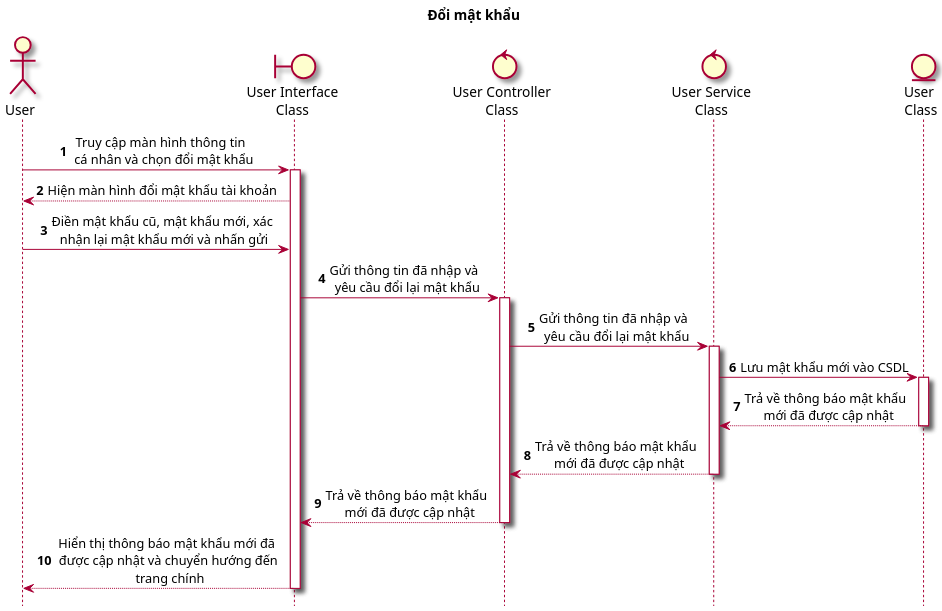
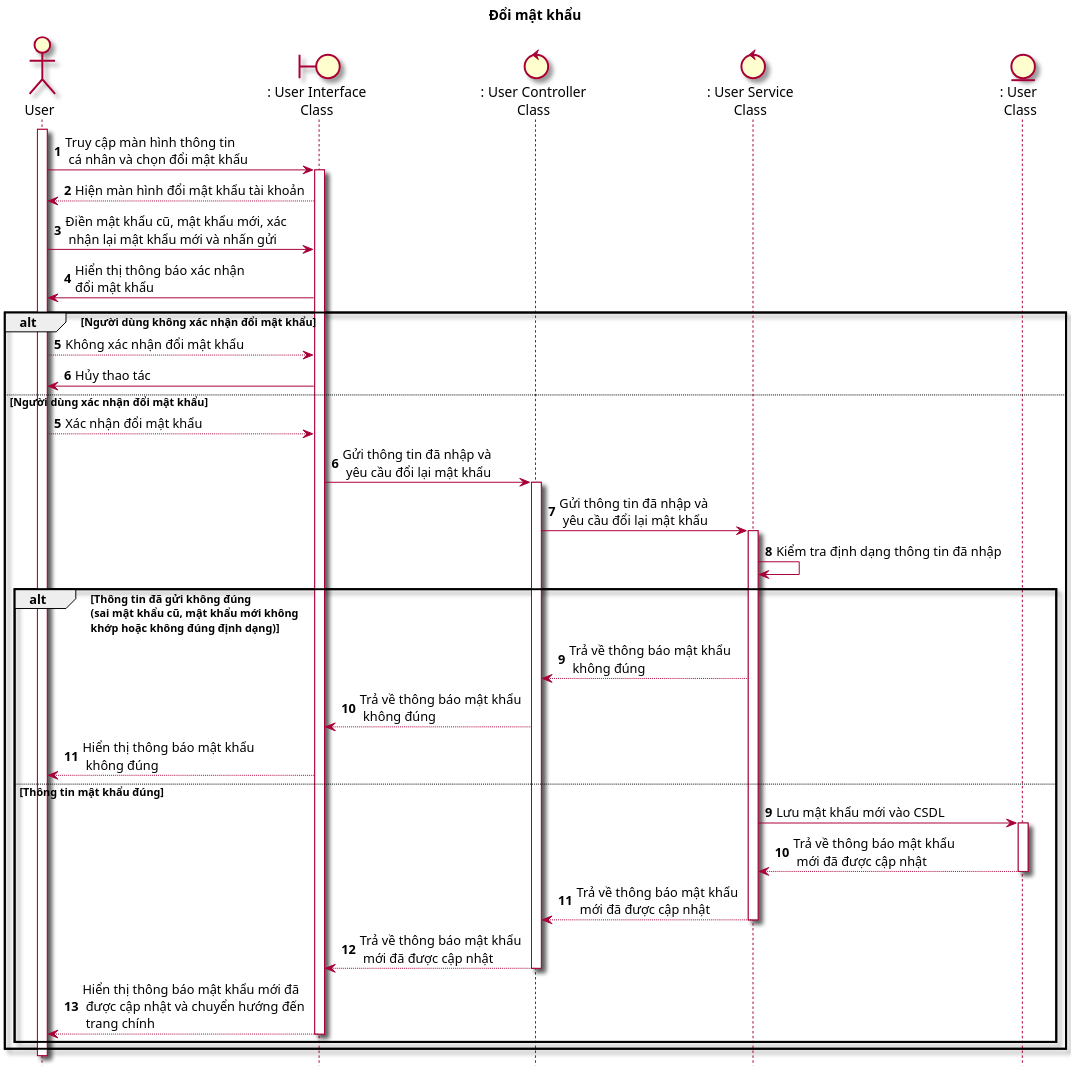
Before and after one commit to Griselda4774/WanderFun_Diagram: the diagram in Sequence/SEQ04_ChangePassword.puml, drawn with PlantUML. The commit also changed 16 other files, not shown here.

Commit message:
Reformatting all Seq Diagram

```diff
--- a/Sequence/SEQ04_ChangePassword.puml
+++ b/Sequence/SEQ04_ChangePassword.puml
@@ -1,36 +1,61 @@
 @startuml SEQ04_changePassword
     title: Đổi mật khẩu
 
     skin rose
     scale 2
-    skinparam sequenceMessageAlign center
     hide footbox
 
     actor "User" as user
-    boundary "User Interface\nClass" as ui
-    control "User Controller\nClass" as ctr
-    control "User Service\nClass" as sv
-    entity "User \nClass" as ent
+    boundary ": User Interface\nClass" as ui
+    control ": User Controller\nClass" as ctr
+    control ": User Service\nClass" as sv
+    entity ": User \nClass" as ent
 
     autonumber
 
+    user ++
     user -> ui: Truy cập màn hình thông tin \n cá nhân và chọn đổi mật khẩu
     ui ++
     ui --> user: Hiện màn hình đổi mật khẩu tài khoản
     user -> ui: Điền mật khẩu cũ, mật khẩu mới, xác\n nhận lại mật khẩu mới và nhấn gửi
-    ui -> ctr: Gửi thông tin đã nhập và \n yêu cầu đổi lại mật khẩu
-    ctr ++
-    ctr -> sv: Gửi thông tin đã nhập và \n yêu cầu đổi lại mật khẩu
-    sv ++
-    sv -> ent: Lưu mật khẩu mới vào CSDL
-    ent ++
-    
-    ent --> sv: Trả về thông báo mật khẩu \n mới đã được cập nhật
-    ent --
-    sv --> ctr: Trả về thông báo mật khẩu \n mới đã được cập nhật
-    sv --
-    ctr --> ui: Trả về thông báo mật khẩu \n mới đã được cập nhật
-    ctr--
-    ui --> user: Hiển thị thông báo mật khẩu mới đã \n được cập nhật và chuyển hướng đến \n trang chính
-    ui --
+    ui -> user: Hiển thị thông báo xác nhận \nđổi mật khẩu
+
+    alt Người dùng không xác nhận đổi mật khẩu
+
+        user --> ui : Không xác nhận đổi mật khẩu
+        ui -> user: Hủy thao tác
+
+    else Người dùng xác nhận đổi mật khẩu
+
+        autonumber 5
+
+        user --> ui : Xác nhận đổi mật khẩu
+        ui -> ctr: Gửi thông tin đã nhập và \n yêu cầu đổi lại mật khẩu
+        ctr ++
+        ctr -> sv: Gửi thông tin đã nhập và \n yêu cầu đổi lại mật khẩu
+        sv ++
+        sv -> sv: Kiểm tra định dạng thông tin đã nhập
+
+        alt Thông tin đã gửi không đúng \n(sai mật khẩu cũ, mật khẩu mới không \nkhớp hoặc không đúng định dạng)
+            sv --> ctr: Trả về thông báo mật khẩu\n không đúng 
+            ctr --> ui: Trả về thông báo mật khẩu\n không đúng 
+            ui --> user: Hiển thị thông báo mật khẩu\n không đúng 
+        else Thông tin mật khẩu đúng 
+
+            autonumber 9
+
+            sv -> ent: Lưu mật khẩu mới vào CSDL
+            ent ++
+            
+            ent --> sv: Trả về thông báo mật khẩu \n mới đã được cập nhật
+            ent --
+            sv --> ctr: Trả về thông báo mật khẩu \n mới đã được cập nhật
+            sv --
+            ctr --> ui: Trả về thông báo mật khẩu \n mới đã được cập nhật
+            ctr--
+            ui --> user: Hiển thị thông báo mật khẩu mới đã \n được cập nhật và chuyển hướng đến \n trang chính
+            ui --
+        end
+    end
+    user --
 @enduml
```
